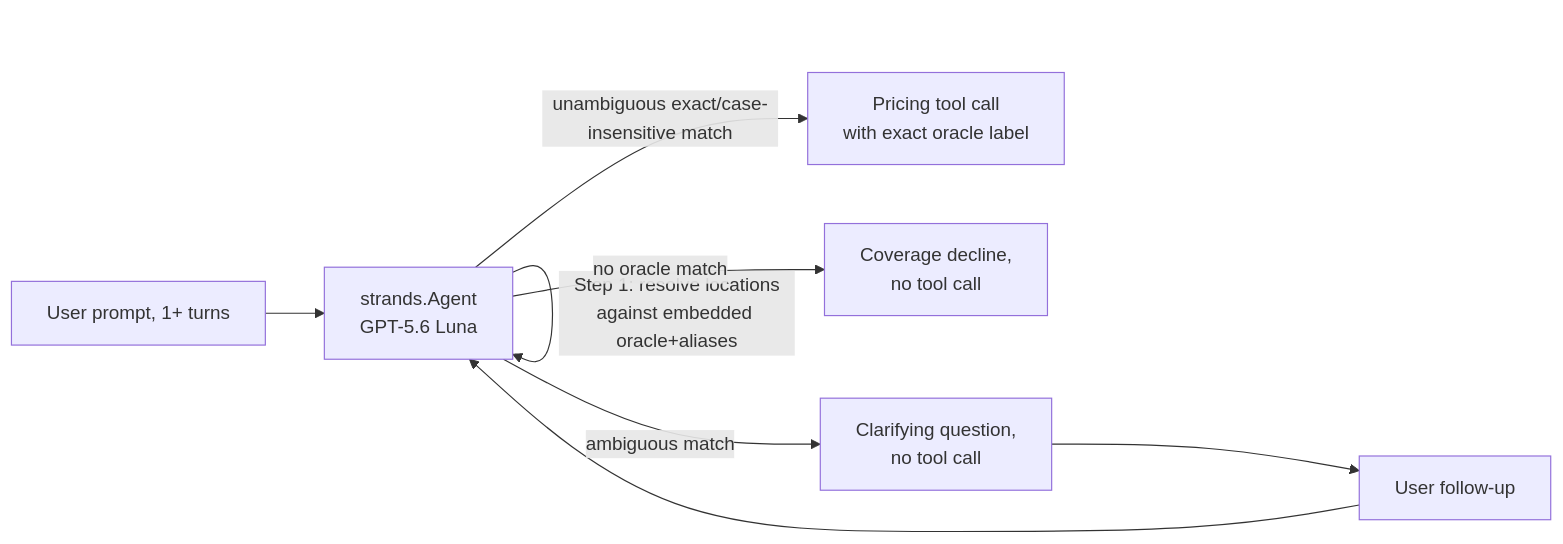
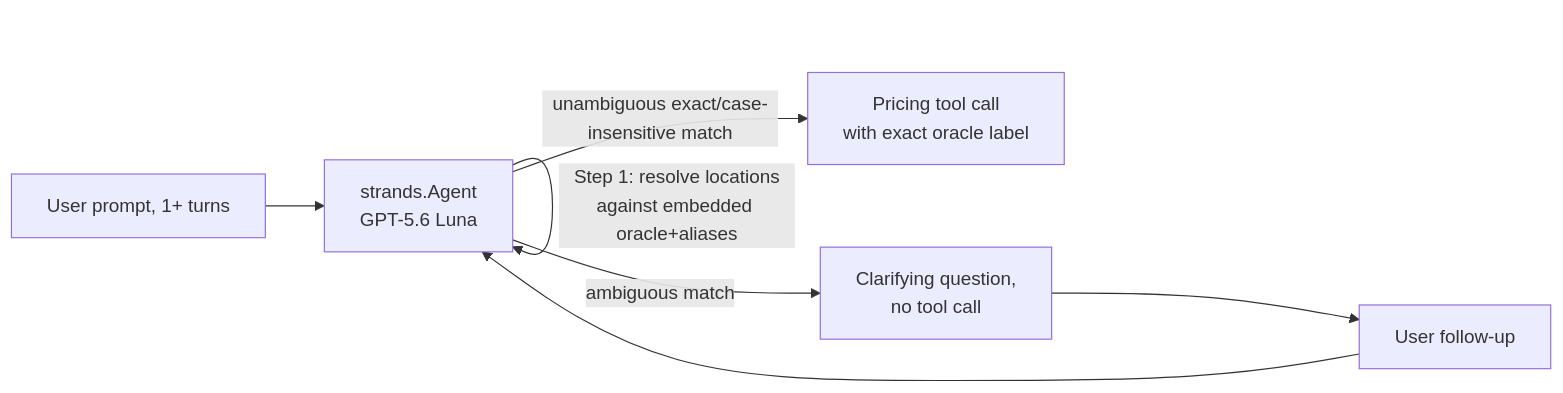
Before and after one commit to rhprasad0/nova-toll-budget-agent: the diagram in eval/deterministic/fuzzy_location_matching/eval-plan.md, drawn with Mermaid. The commit also changed other lines of this file and 3 other files, not shown here.

````diff
--- a/eval/deterministic/fuzzy_location_matching/eval-plan.md
+++ b/eval/deterministic/fuzzy_location_matching/eval-plan.md
@@ -24,9 +24,8 @@
 ```mermaid
 flowchart LR
     U[User prompt, 1+ turns] --> A[strands.Agent<br/>GPT-5.6 Luna]
     A -->|Step 1: resolve locations<br/>against embedded oracle+aliases| A
     A -->|ambiguous match| Q[Clarifying question,<br/>no tool call]
     Q --> U2[User follow-up] --> A
     A -->|unambiguous exact/case-insensitive match| T[Pricing tool call<br/>with exact oracle label]
-    A -->|no oracle match| D[Coverage decline,<br/>no tool call]
 ```
````
